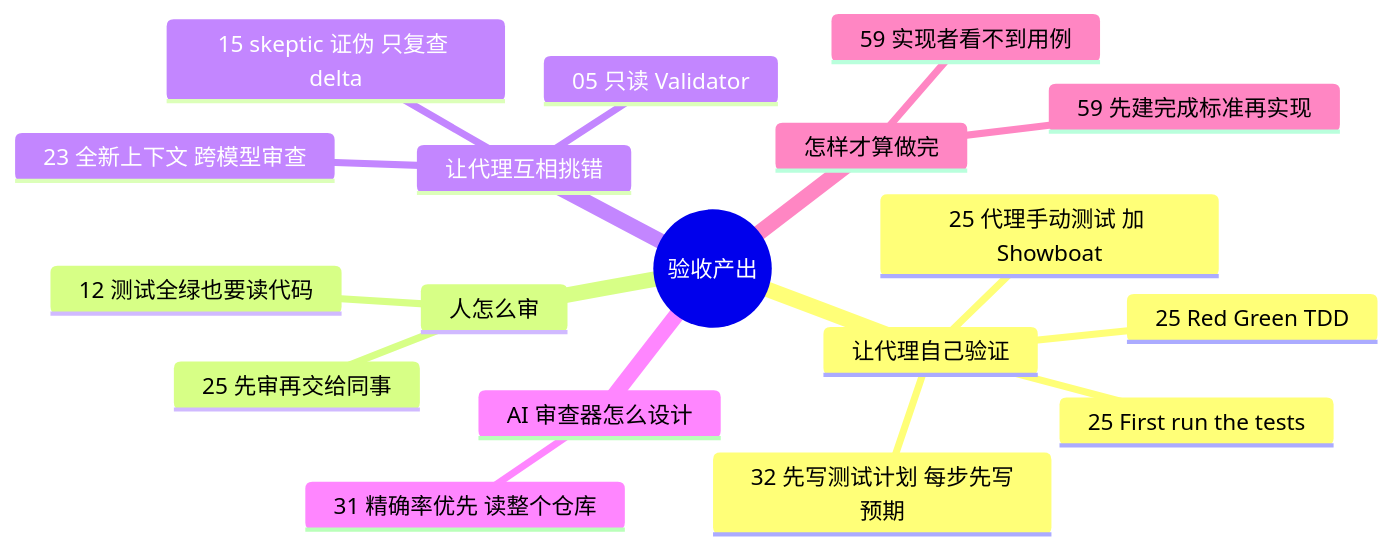
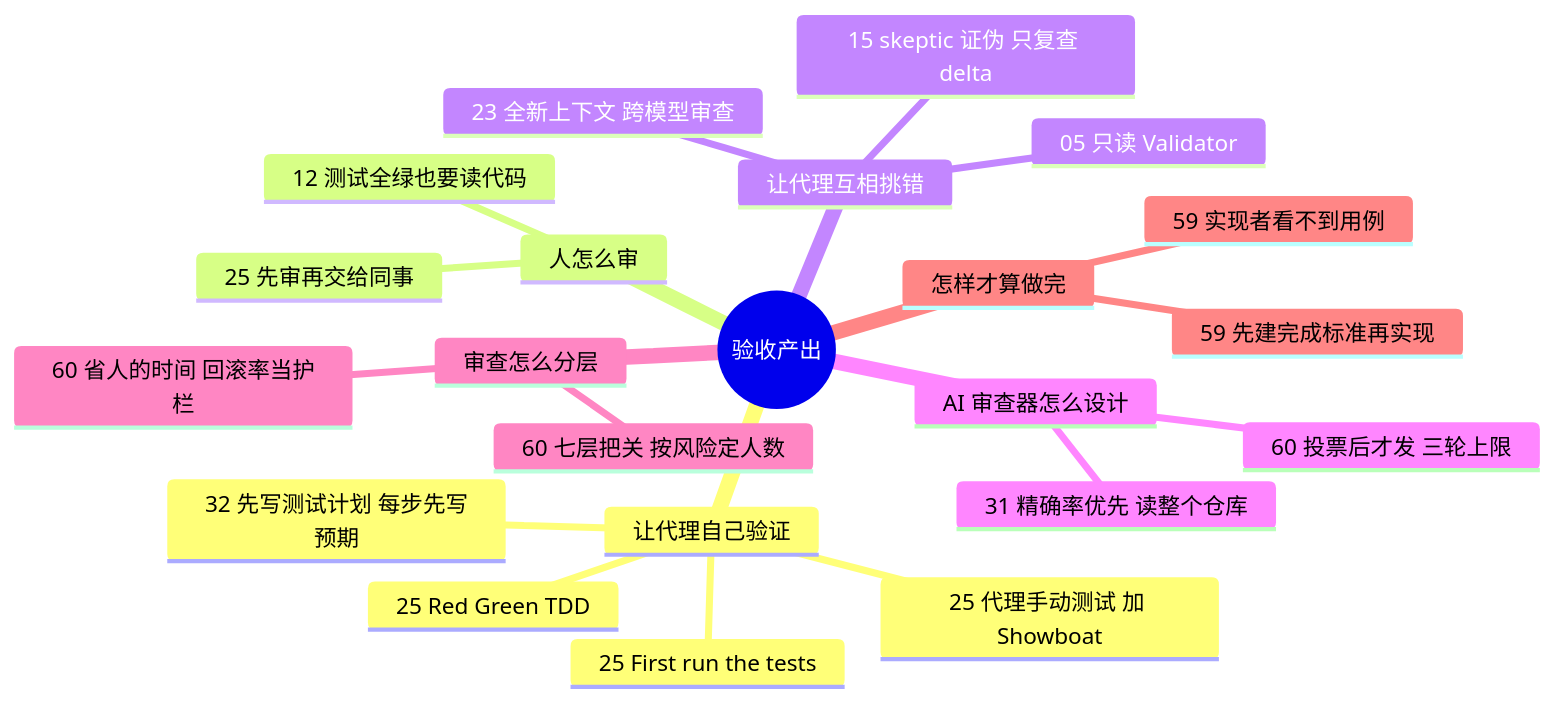
One commit to yzw7489757/ai-coding-videos changed the diagram in docs/guide/review.md. Above: the diagram before and after it, drawn with Mermaid. The commit also changed other lines of this file and 18 other files, not shown here.

````diff
--- a/docs/guide/review.md
+++ b/docs/guide/review.md
@@ -15,21 +15,25 @@
 ```mermaid
 mindmap
   root((验收产出))
     让代理自己验证
       25 Red Green TDD
       25 First run the tests
       25 代理手动测试 加 Showboat
       32 先写测试计划 每步先写预期
     人怎么审
       12 测试全绿也要读代码
       25 先审再交给同事
     让代理互相挑错
       15 skeptic 证伪 只复查 delta
       05 只读 Validator
       23 全新上下文 跨模型审查
     AI 审查器怎么设计
       31 精确率优先 读整个仓库
+      60 投票后才发 三轮上限
+    审查怎么分层
+      60 七层把关 按风险定人数
+      60 省人的时间 回滚率当护栏
     怎样才算做完
       59 先建完成标准再实现
       59 实现者看不到用例
 ```
````
